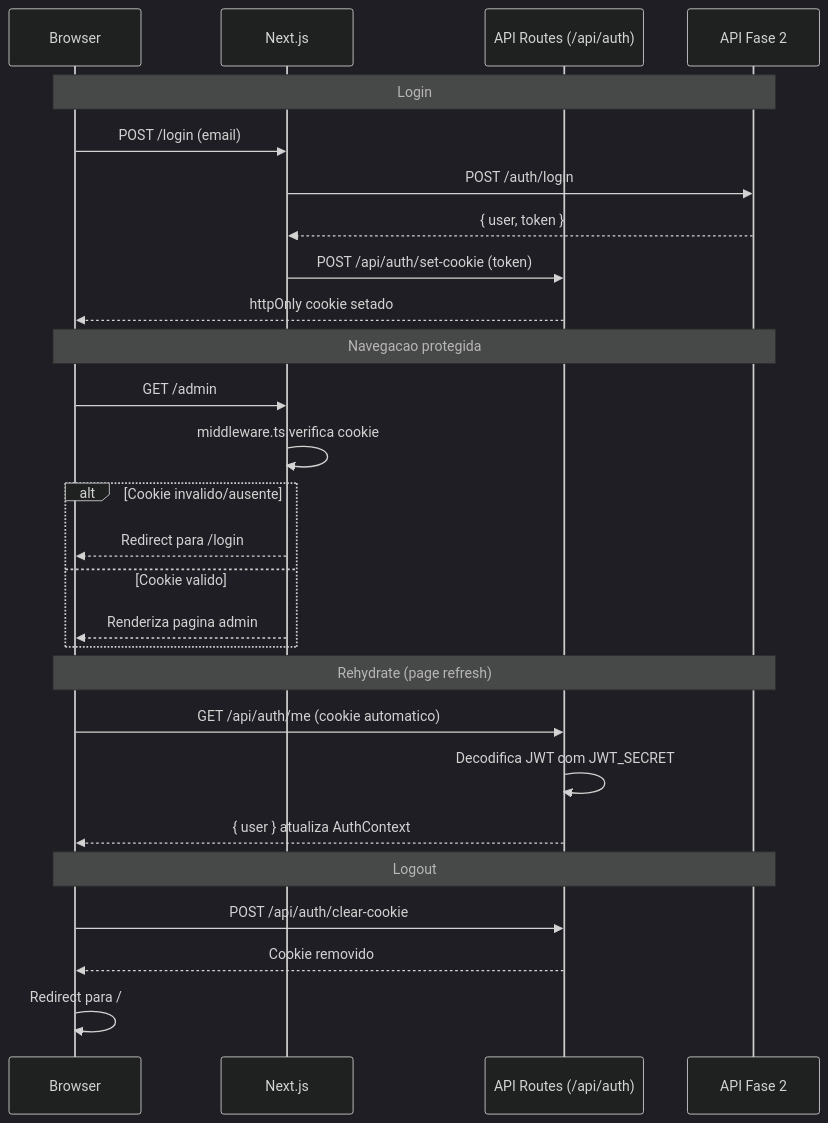
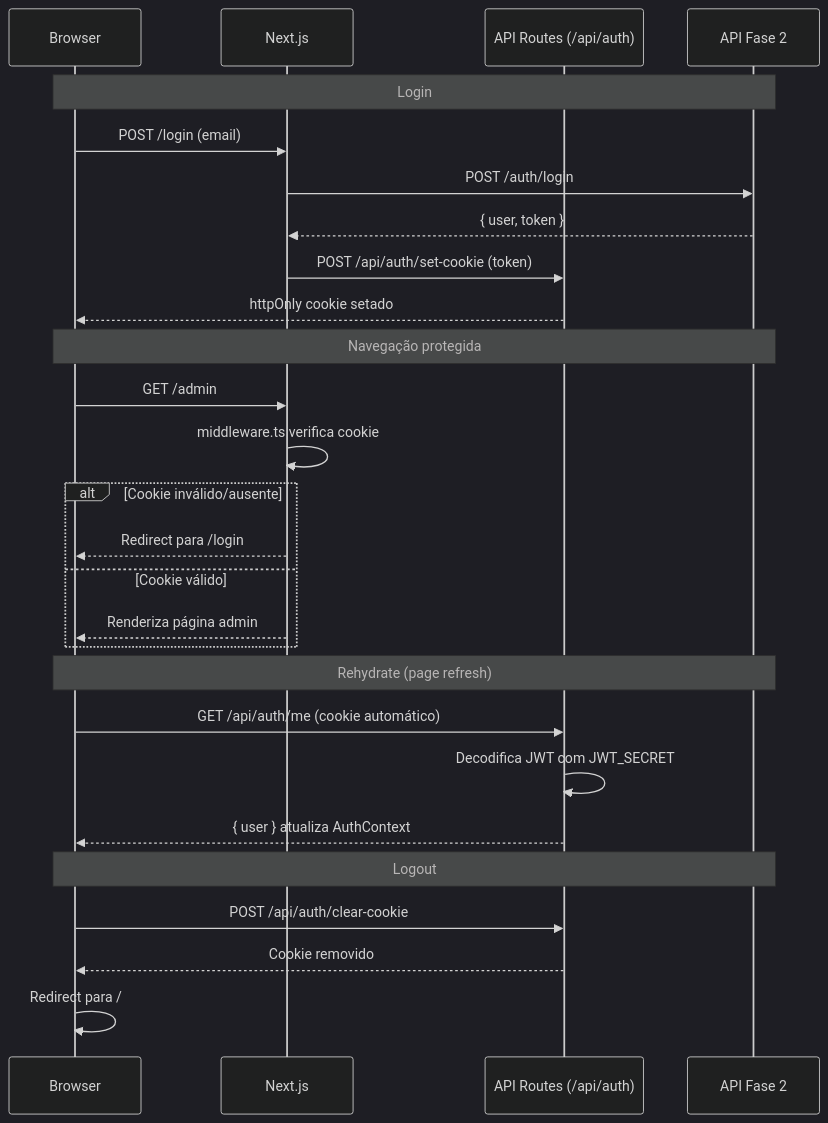
The second of 2 diagrams in README.md (natanjunior/8FSDT-tech-challenge-3), drawn with Mermaid (dark theme) before and after one commit. The commit also changed other lines of this file, not shown here.

````diff
--- a/README.md
+++ b/README.md
@@ -205,33 +205,33 @@
 ```mermaid
 sequenceDiagram
     participant Browser
     participant Next as Next.js
     participant API as API Routes (/api/auth)
     participant Backend as API Fase 2
 
     Note over Browser,Backend: Login
     Browser->>Next: POST /login (email)
     Next->>Backend: POST /auth/login
     Backend-->>Next: { user, token }
     Next->>API: POST /api/auth/set-cookie (token)
     API-->>Browser: httpOnly cookie setado
 
-    Note over Browser,Backend: Navegacao protegida
+    Note over Browser,Backend: Navegação protegida
     Browser->>Next: GET /admin
     Next->>Next: middleware.ts verifica cookie
-    alt Cookie invalido/ausente
+    alt Cookie inválido/ausente
         Next-->>Browser: Redirect para /login
-    else Cookie valido
-        Next-->>Browser: Renderiza pagina admin
+    else Cookie válido
+        Next-->>Browser: Renderiza página admin
     end
 
     Note over Browser,Backend: Rehydrate (page refresh)
-    Browser->>API: GET /api/auth/me (cookie automatico)
+    Browser->>API: GET /api/auth/me (cookie automático)
     API->>API: Decodifica JWT com JWT_SECRET
     API-->>Browser: { user } atualiza AuthContext
 
     Note over Browser,Backend: Logout
     Browser->>API: POST /api/auth/clear-cookie
     API-->>Browser: Cookie removido
     Browser->>Browser: Redirect para /
 ```
````
